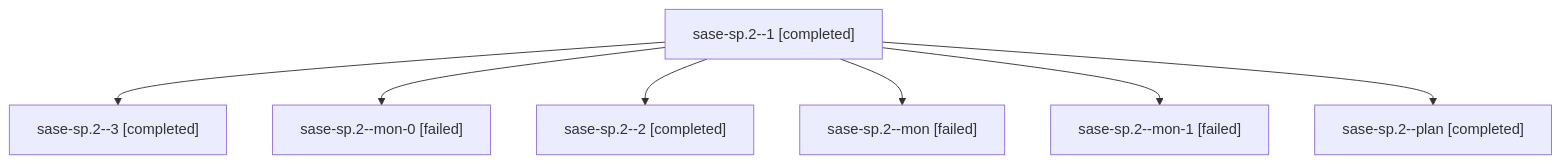
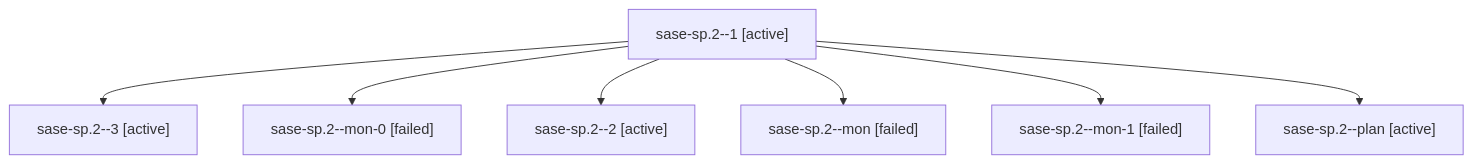
The diagram in families/bbugyi200.athena.sase-sp.2.md (sase-org/sase--agents), drawn with Mermaid before and after one commit. The commit also changed other lines of this file and 35830 other files, not shown here.

````diff
--- a/families/bbugyi200.athena.sase-sp.2.md
+++ b/families/bbugyi200.athena.sase-sp.2.md
@@ -9,16 +9,16 @@
 ```mermaid
 flowchart TD
-  n0["sase-sp.2--1 [completed]"]
-  n1["sase-sp.2--3 [completed]"]
+  n0["sase-sp.2--1 [active]"]
+  n1["sase-sp.2--3 [active]"]
   n0 --> n1
   n2["sase-sp.2--mon-0 [failed]"]
   n0 --> n2
-  n3["sase-sp.2--2 [completed]"]
+  n3["sase-sp.2--2 [active]"]
   n0 --> n3
   n4["sase-sp.2--mon [failed]"]
   n0 --> n4
   n5["sase-sp.2--mon-1 [failed]"]
   n0 --> n5
-  n6["sase-sp.2--plan [completed]"]
+  n6["sase-sp.2--plan [active]"]
   n0 --> n6
 ```
````
